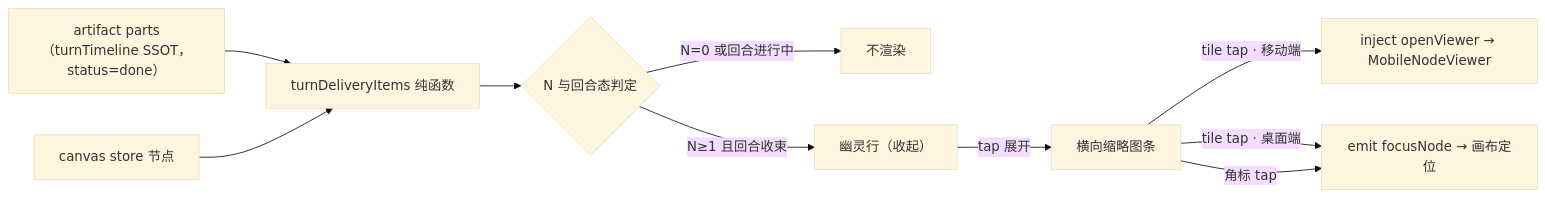
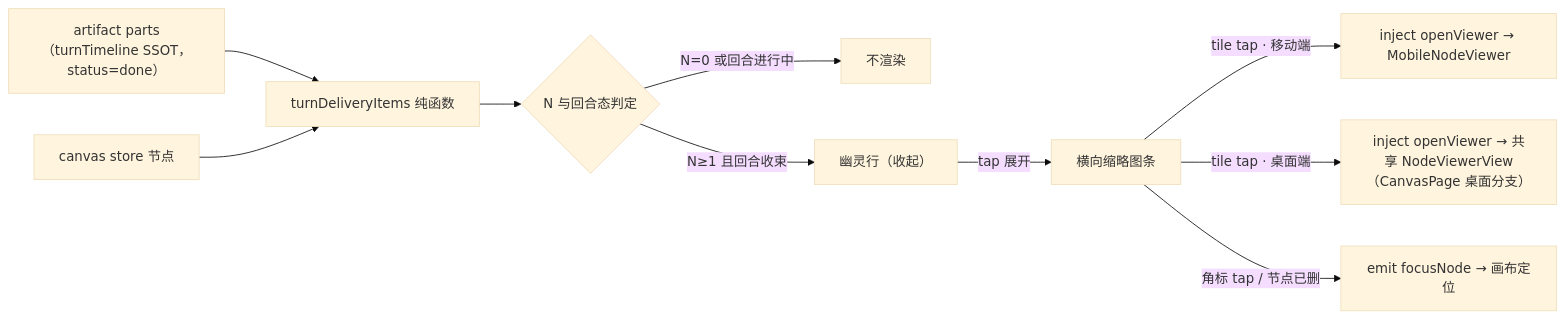
One commit to sev7n4/pi-lnk changed the diagram in docs/superpowers/specs/2026-11-04-e2a-ghost-delivery-summary-design.md. Above: the diagram before and after it, drawn with Mermaid (base theme). The commit also changed other lines of this file and 4 other files, not shown here.

````diff
--- a/docs/superpowers/specs/2026-11-04-e2a-ghost-delivery-summary-design.md
+++ b/docs/superpowers/specs/2026-11-04-e2a-ghost-delivery-summary-design.md
@@ -50,12 +50,12 @@
 ```mermaid
 flowchart LR
     A["artifact parts（turnTimeline SSOT，status=done）"] --> P["turnDeliveryItems 纯函数"]
     S["canvas store 节点"] --> P
     P --> G{"N 与回合态判定"}
     G -->|"N=0 或回合进行中"| H["不渲染"]
     G -->|"N≥1 且回合收束"| L["幽灵行（收起）"]
     L -->|"tap 展开"| T["横向缩略图条"]
     T -->|"tile tap · 移动端"| V["inject openViewer → MobileNodeViewer"]
-    T -->|"tile tap · 桌面端"| F["emit focusNode → 画布定位"]
-    T -->|"角标 tap"| F
+    T -->|"tile tap · 桌面端"| V2["inject openViewer → 共享 NodeViewerView（CanvasPage 桌面分支）"]
+    T -->|"角标 tap / 节点已删"| F["emit focusNode → 画布定位"]
 ```
````
